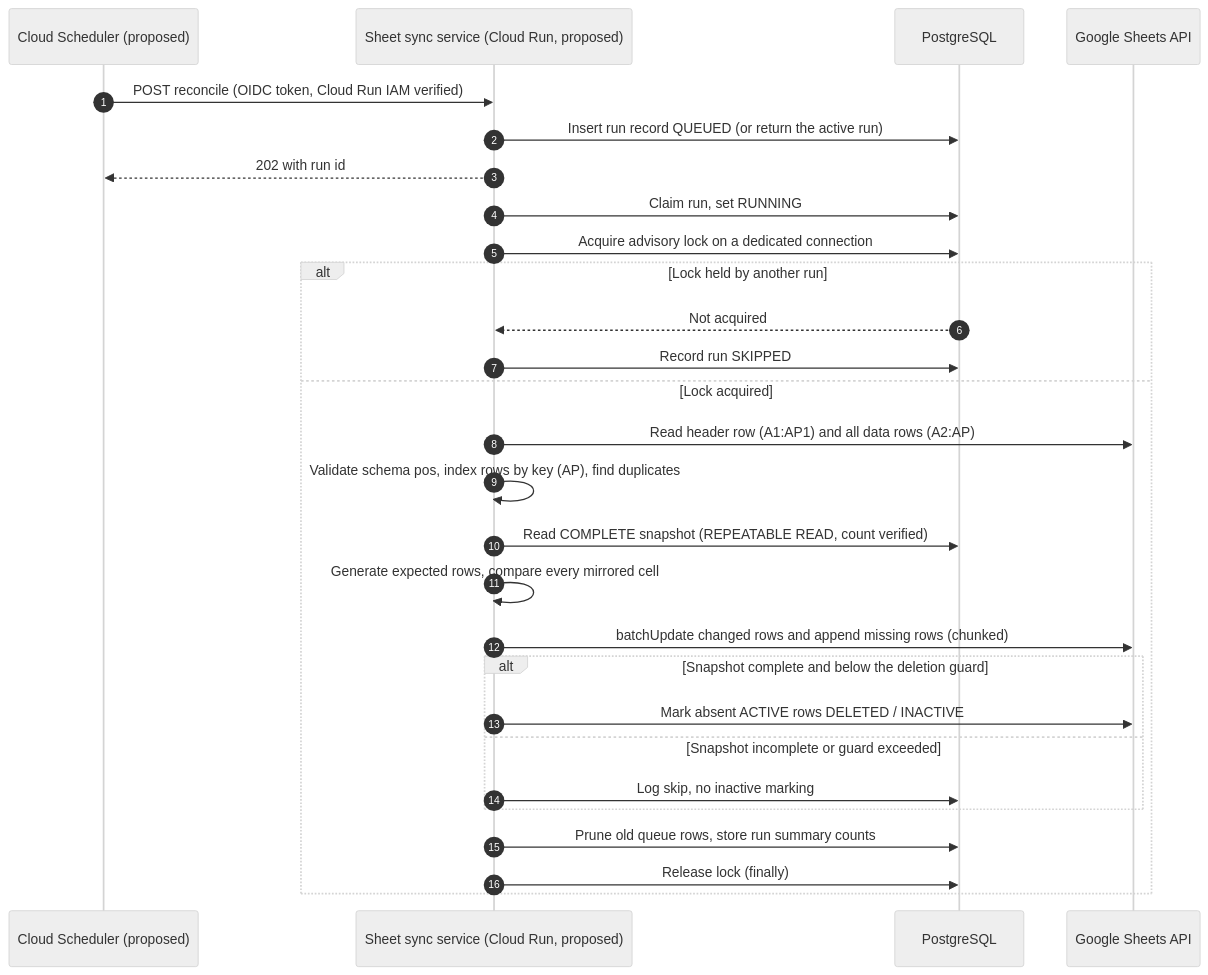
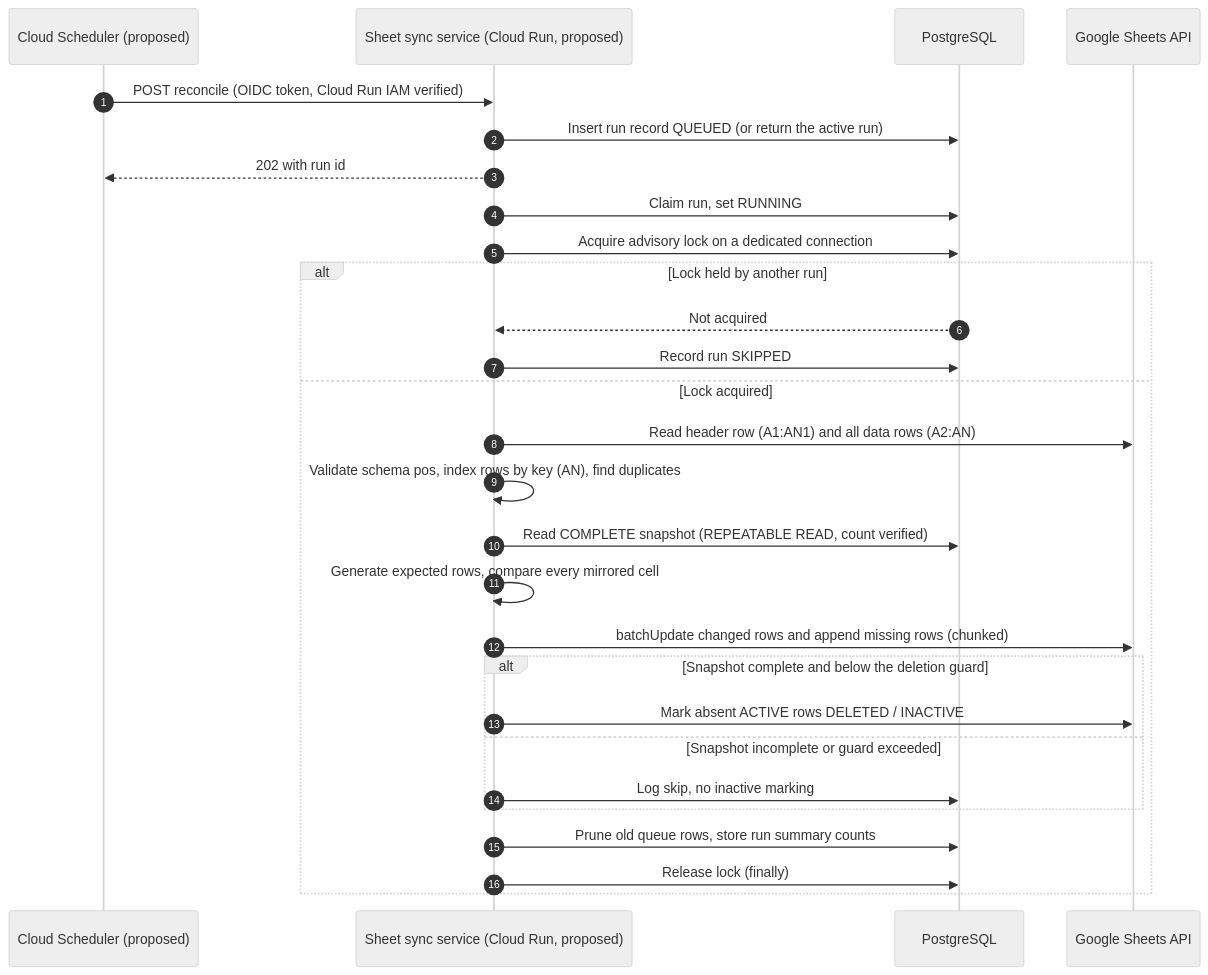
The fifth of 11 diagrams in Docs/GOOGLE_SHEET_CANDIDATE_SYNC_ARCHITECTURE.md (emlynk-pixel/EmlynkWABot), drawn with Mermaid (neutral theme) before and after one commit. The commit also changed other lines of this file and 16 other files, not shown here.

Commit message:
feat(sheet-sync): add schema mapper and read-only sync foundation

````diff
--- a/Docs/GOOGLE_SHEET_CANDIDATE_SYNC_ARCHITECTURE.md
+++ b/Docs/GOOGLE_SHEET_CANDIDATE_SYNC_ARCHITECTURE.md
@@ -722,31 +675,31 @@
 ```mermaid
 sequenceDiagram
     autonumber
     participant S as Cloud Scheduler (proposed)
     participant W as Sheet sync service (Cloud Run, proposed)
     participant DB as PostgreSQL
     participant G as Google Sheets API
 
     S->>W: POST reconcile (OIDC token, Cloud Run IAM verified)
     W->>DB: Insert run record QUEUED (or return the active run)
     W-->>S: 202 with run id
     W->>DB: Claim run, set RUNNING
     W->>DB: Acquire advisory lock on a dedicated connection
     alt Lock held by another run
         DB-->>W: Not acquired
         W->>DB: Record run SKIPPED
     else Lock acquired
-        W->>G: Read header row (A1:AP1) and all data rows (A2:AP)
-        W->>W: Validate schema pos, index rows by key (AP), find duplicates
+        W->>G: Read header row (A1:AN1) and all data rows (A2:AN)
+        W->>W: Validate schema pos, index rows by key (AN), find duplicates
         W->>DB: Read COMPLETE snapshot (REPEATABLE READ, count verified)
         W->>W: Generate expected rows, compare every mirrored cell
         W->>G: batchUpdate changed rows and append missing rows (chunked)
         alt Snapshot complete and below the deletion guard
             W->>G: Mark absent ACTIVE rows DELETED / INACTIVE
         else Snapshot incomplete or guard exceeded
             W->>DB: Log skip, no inactive marking
         end
         W->>DB: Prune old queue rows, store run summary counts
         W->>DB: Release lock (finally)
     end
 ```
````
